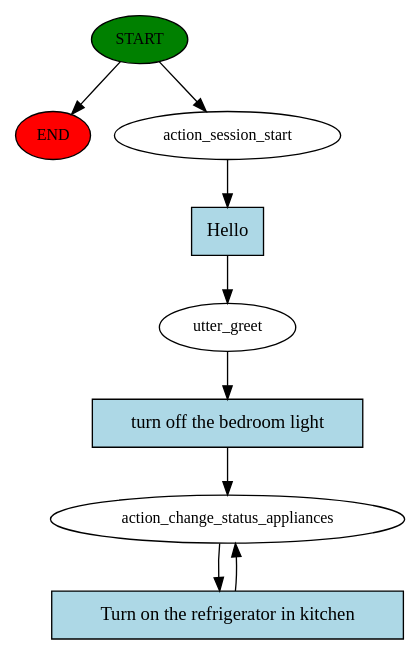
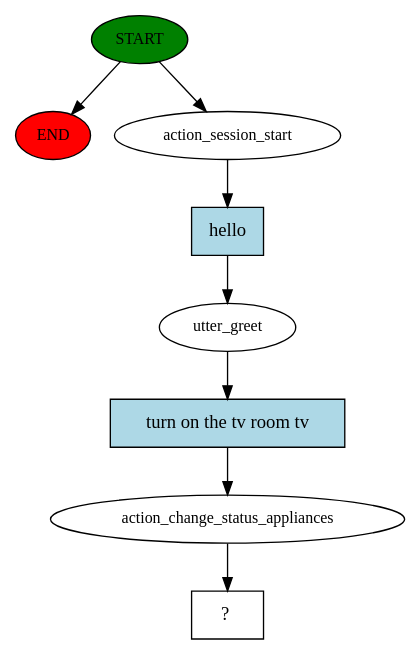
One commit to prajwalccc13/Voice-Assistant changed the diagram in story_graph.dot. Above: the diagram before and after it, drawn with Graphviz. The commit also changed 10 other files, not shown here.

```diff
--- a/story_graph.dot
+++ b/story_graph.dot
@@ -1,18 +1,17 @@
 digraph  {
 0 [class="start active", fillcolor=green, fontsize=12, label=START, style=filled];
 "-1" [class=end, fillcolor=red, fontsize=12, label=END, style=filled];
 1 [class=active, fontsize=12, label=action_session_start];
 2 [class=active, fontsize=12, label=utter_greet];
-3 [class="active dashed", fontsize=12, label=action_change_status_appliances];
-6 [class="intent active", fillcolor=lightblue, label=Hello, shape=rect, style=filled];
-7 [class="intent active", fillcolor=lightblue, label="turn off the bedroom light", shape=rect, style=filled];
-8 [class="intent active", fillcolor=lightblue, label="Turn on the refrigerator in kitchen", shape=rect, style=filled];
+3 [class=active, fontsize=12, label=action_change_status_appliances];
+4 [class="intent dashed active", label="  ?  ", shape=rect];
+5 [class="intent active", fillcolor=lightblue, label=hello, shape=rect, style=filled];
+6 [class="intent active", fillcolor=lightblue, label="turn on the tv room tv", shape=rect, style=filled];
 0 -> "-1"  [class="", key=NONE, label=""];
 0 -> 1  [class=active, key=NONE, label=""];
-1 -> 6  [class=active, key=0];
-2 -> 7  [class=active, key=0];
-3 -> 8  [class=active, key=0];
-6 -> 2  [class=active, key=0];
-7 -> 3  [class=active, key=0];
-8 -> 3  [class=active, key=0];
+1 -> 5  [class=active, key=0];
+2 -> 6  [class=active, key=0];
+3 -> 4  [class=active, key=NONE, label=""];
+5 -> 2  [class=active, key=0];
+6 -> 3  [class=active, key=0];
 }
```
